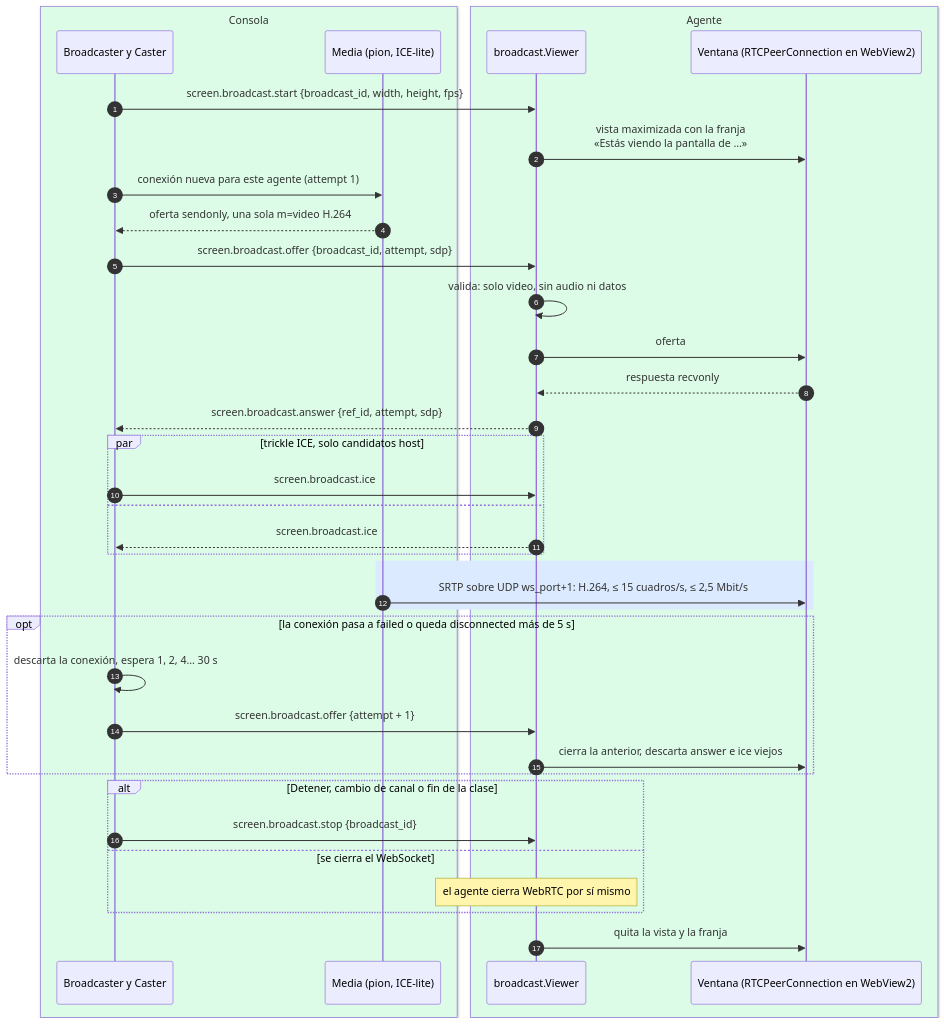
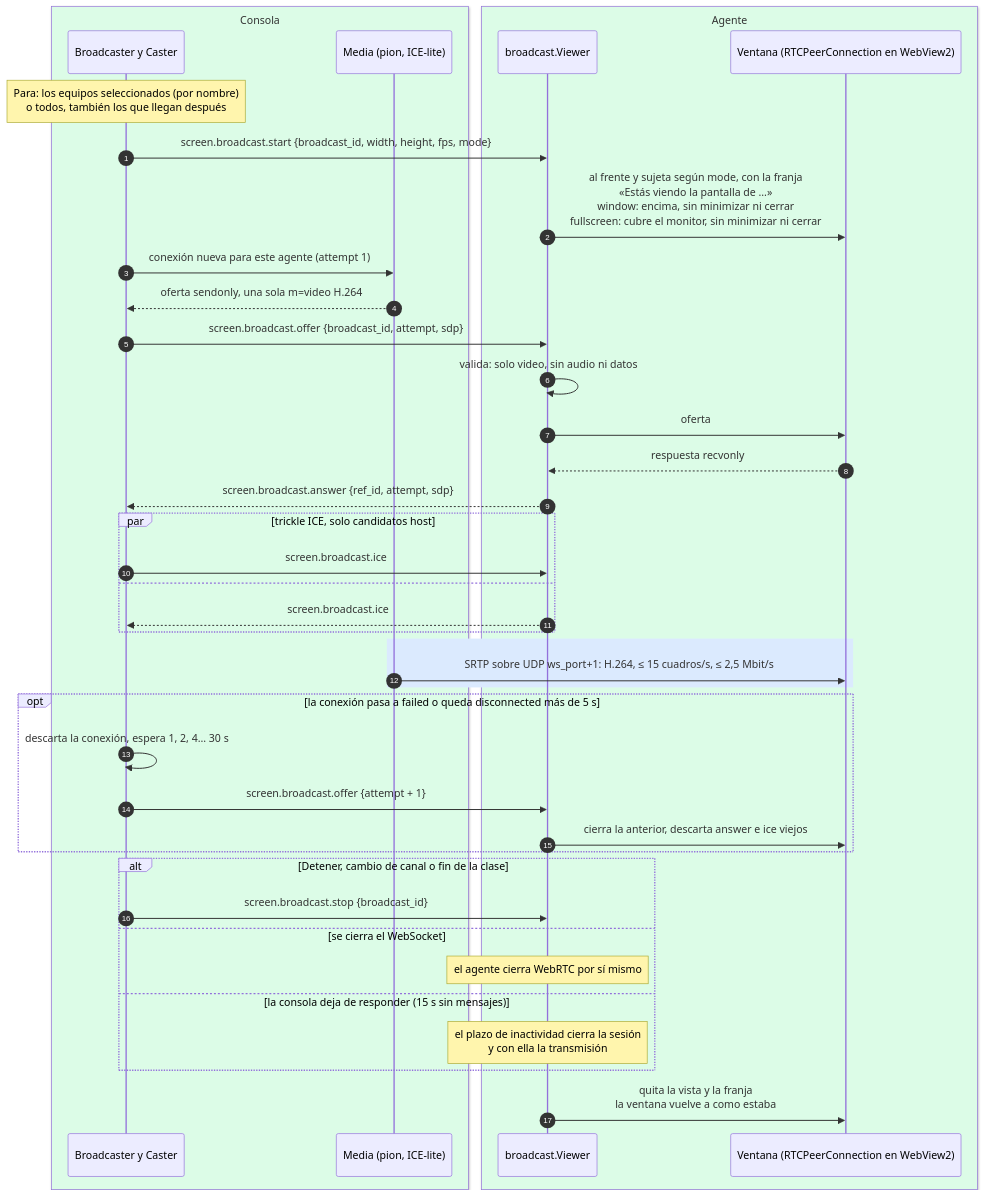
One commit to bayalad7/aula changed the diagram in docs/v1/diagramas/14-transmision-pantalla.md. Above: the diagram before and after it, drawn with Mermaid. The commit also changed other lines of this file and 11 other files, not shown here.

First line of the commit message:
documentacion(docs): privacidad, protocolo, manual, diagrama 14 y pruebas de la transmisión

````diff
--- a/docs/v1/diagramas/14-transmision-pantalla.md
+++ b/docs/v1/diagramas/14-transmision-pantalla.md
@@ -14,45 +14,48 @@
 ```mermaid
 %%{init: {"htmlLabels": false}}%%
 sequenceDiagram
     autonumber
     box rgb(220,252,231) Consola
         participant B as Broadcaster y Caster
         participant M as Media (pion, ICE-lite)
     end
     box rgb(220,252,231) Agente
         participant V as broadcast.Viewer
         participant F as Ventana (RTCPeerConnection en WebView2)
     end
 
-    B->>V: screen.broadcast.start {broadcast_id, width, height, fps}
-    V->>F: vista maximizada con la franja<br/>«Estás viendo la pantalla de …»
+    Note over B: Para: los equipos seleccionados (por nombre)<br/>o todos, también los que llegan después
+    B->>V: screen.broadcast.start {broadcast_id, width, height, fps, mode}
+    V->>F: al frente y sujeta según mode, con la franja<br/>«Estás viendo la pantalla de …»<br/>window: encima, sin minimizar ni cerrar<br/>fullscreen: cubre el monitor, sin minimizar ni cerrar
     B->>M: conexión nueva para este agente (attempt 1)
     M-->>B: oferta sendonly, una sola m=video H.264
     B->>V: screen.broadcast.offer {broadcast_id, attempt, sdp}
     V->>V: valida: solo video, sin audio ni datos
     V->>F: oferta
     F-->>V: respuesta recvonly
     V-->>B: screen.broadcast.answer {ref_id, attempt, sdp}
     par trickle ICE, solo candidatos host
         B->>V: screen.broadcast.ice
     and
         V-->>B: screen.broadcast.ice
     end
 
     rect rgb(219,234,254)
         M->>F: SRTP sobre UDP ws_port+1: H.264, ≤ 15 cuadros/s, ≤ 2,5 Mbit/s
     end
 
     opt la conexión pasa a failed o queda disconnected más de 5 s
         B->>B: descarta la conexión, espera 1, 2, 4… 30 s
         B->>V: screen.broadcast.offer {attempt + 1}
         V->>F: cierra la anterior, descarta answer e ice viejos
     end
 
     alt Detener, cambio de canal o fin de la clase
         B->>V: screen.broadcast.stop {broadcast_id}
     else se cierra el WebSocket
         Note over V: el agente cierra WebRTC por sí mismo
+    else la consola deja de responder (15 s sin mensajes)
+        Note over V: el plazo de inactividad cierra la sesión<br/>y con ella la transmisión
     end
-    V->>F: quita la vista y la franja
+    V->>F: quita la vista y la franja<br/>la ventana vuelve a como estaba
 ```
````
